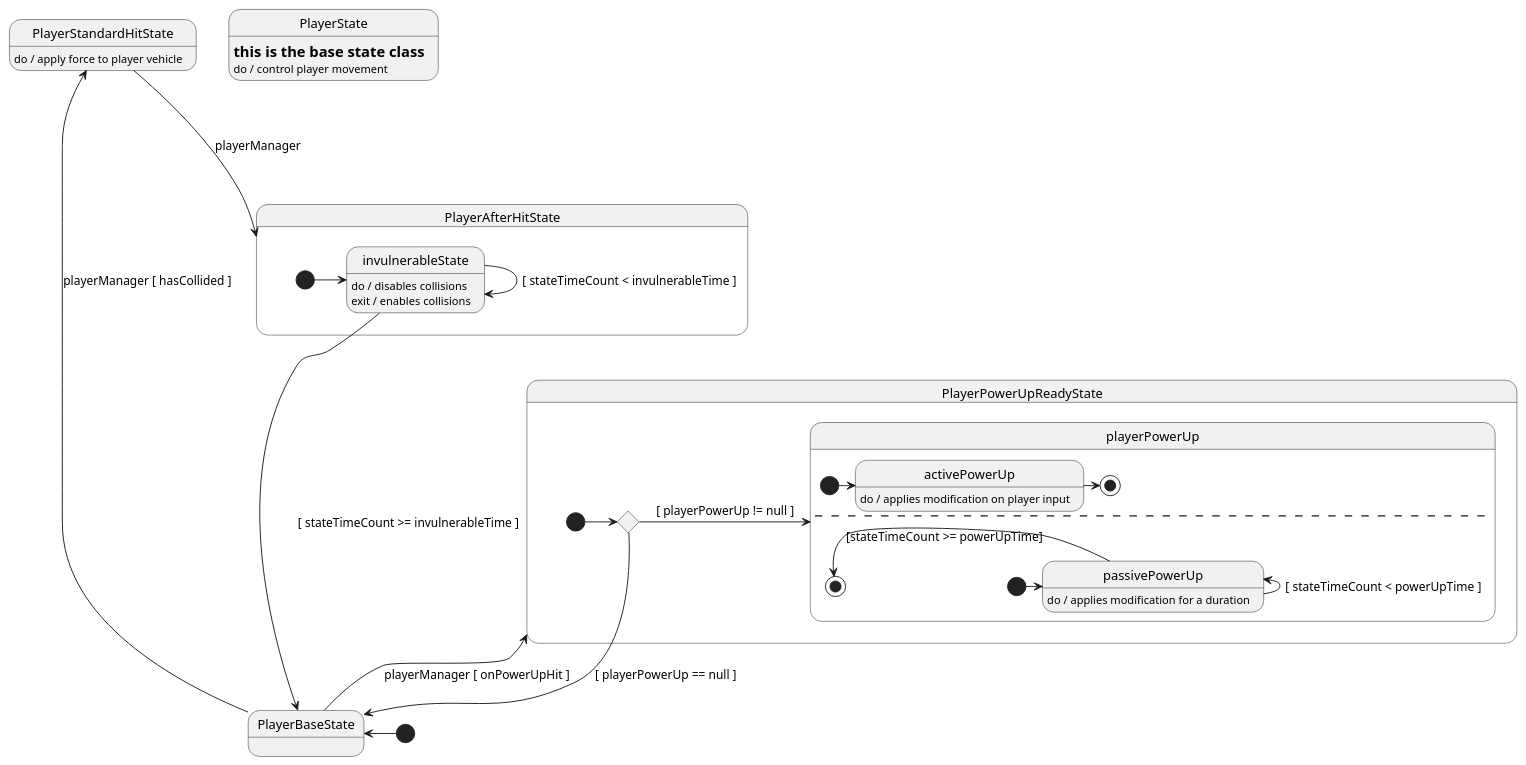
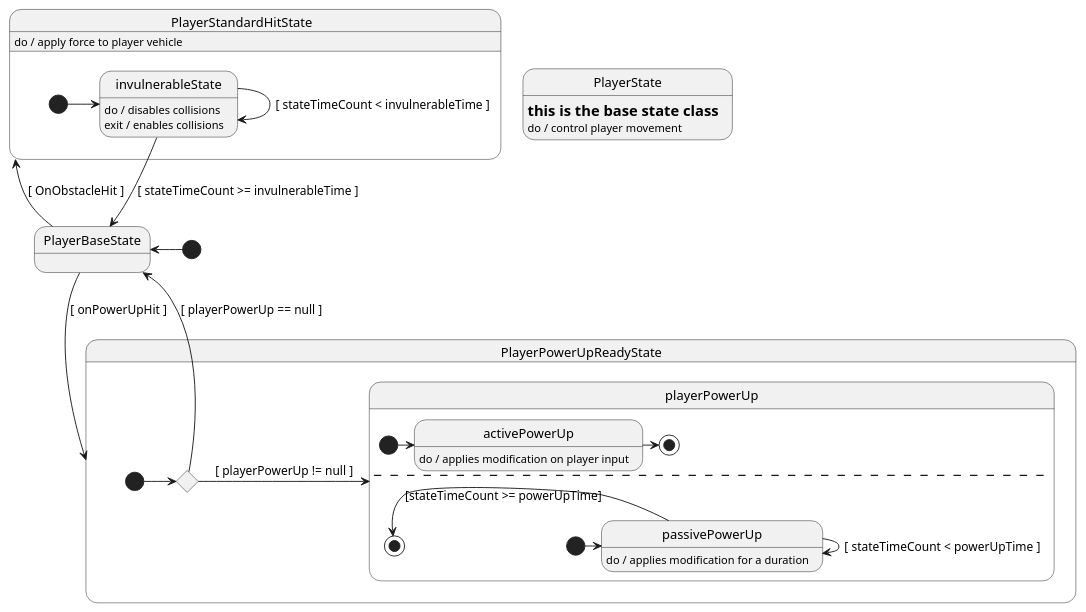
The diagram in UML/player_car_state_machine.puml (CKTA00/Robbery_Rush_UML), drawn with PlantUML before and after one commit. The commit also changed 2 other files, not shown here.

```diff
--- a/UML/player_car_state_machine.puml
+++ b/UML/player_car_state_machine.puml
@@ -1,51 +1,50 @@
 @startuml
 
 state PlayerState : = this is the base state class
 state PlayerState : do / control player movement
 
 state PlayerBaseState
 
 [*] -u> PlayerBaseState
-PlayerBaseState -l-> PlayerStandardHitState : playerManager [ hasCollided ]
-PlayerStandardHitState --d-> PlayerAfterHitState : playerManager
+PlayerBaseState -> PlayerStandardHitState : [ OnObstacleHit ]
 
 state PlayerStandardHitState : do / apply force to player vehicle
 
-state PlayerAfterHitState{
+state PlayerStandardHitState{
     state invulnerableState : do / disables collisions
     state invulnerableState : exit / enables collisions
-    [*] -r> invulnerableState
-    invulnerableState ---> invulnerableState : [ stateTimeCount < invulnerableTime ]
-    invulnerableState ---> PlayerBaseState : [ stateTimeCount >= invulnerableTime ]
+    [*] -> invulnerableState
+    invulnerableState --> invulnerableState : [ stateTimeCount < invulnerableTime ]
+    invulnerableState --> PlayerBaseState : [ stateTimeCount >= invulnerableTime ]
 }
 
-PlayerBaseState --> PlayerPowerUpReadyState : playerManager [ onPowerUpHit ]
+PlayerBaseState --> PlayerPowerUpReadyState : [ onPowerUpHit ]
 
 state PlayerPowerUpReadyState{
 
     state c <<choice>>
     [*] -> c
     c -> playerPowerUp : [ playerPowerUp != null ]
     c --> PlayerBaseState : [ playerPowerUp == null ]
 
     state playerPowerUp{
 
         state activePowerUp : do / applies modification on player input
         [*] -> activePowerUp
         activePowerUp -> [*]
         -----
 
         state passivePowerUp : do / applies modification for a duration
         [*] ->  passivePowerUp
-        passivePowerUp -u> passivePowerUp : [ stateTimeCount < powerUpTime ]
+        passivePowerUp -> passivePowerUp : [ stateTimeCount < powerUpTime ]
         passivePowerUp -l> [*] : [stateTimeCount >= powerUpTime]
 
 
 
     }
 
 }
 
 
 
 @enduml
```
